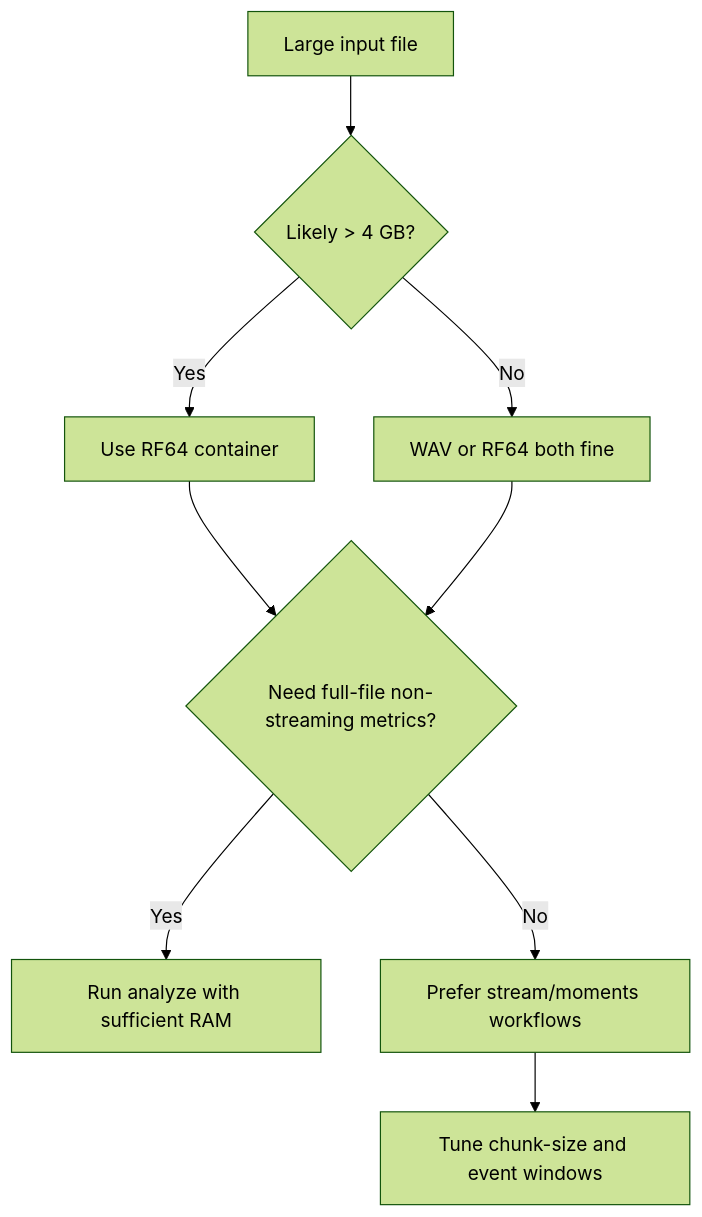
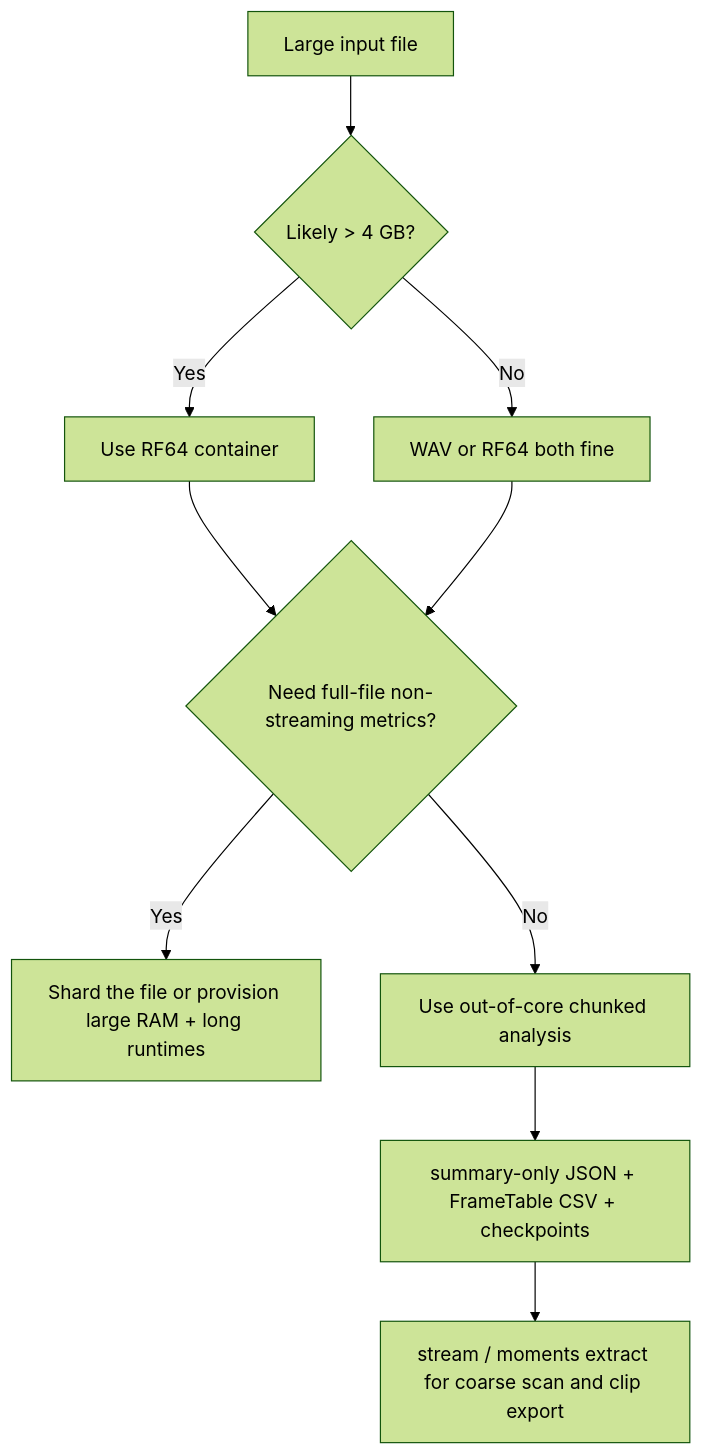
Before and after one commit to TheColby/ecoSignalLab: the first of 2 diagrams in docs/RF64_AND_LARGE_FILES.md, drawn with Mermaid (forest theme). The commit also changed other lines of this file and 19 other files, not shown here.

Commit message:
core: add out-of-core long-duration analysis path

````diff
--- a/docs/RF64_AND_LARGE_FILES.md
+++ b/docs/RF64_AND_LARGE_FILES.md
@@ -177,11 +236,12 @@
 ```mermaid
 flowchart TD
     A["Large input file"] --> B{"Likely > 4 GB?"}
     B -->|Yes| C["Use RF64 container"]
     B -->|No| D["WAV or RF64 both fine"]
     C --> E{"Need full-file non-streaming metrics?"}
     D --> E
-    E -->|Yes| F["Run analyze with sufficient RAM"]
-    E -->|No| G["Prefer stream/moments workflows"]
-    G --> H["Tune chunk-size and event windows"]
+    E -->|Yes| F["Shard the file or provision large RAM + long runtimes"]
+    E -->|No| G["Use out-of-core chunked analysis"]
+    G --> H["summary-only JSON + FrameTable CSV + checkpoints"]
+    H --> I["stream / moments extract for coarse scan and clip export"]
 ```
````
